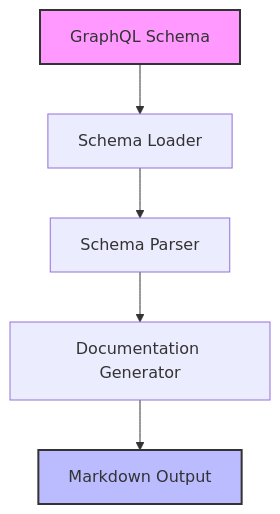
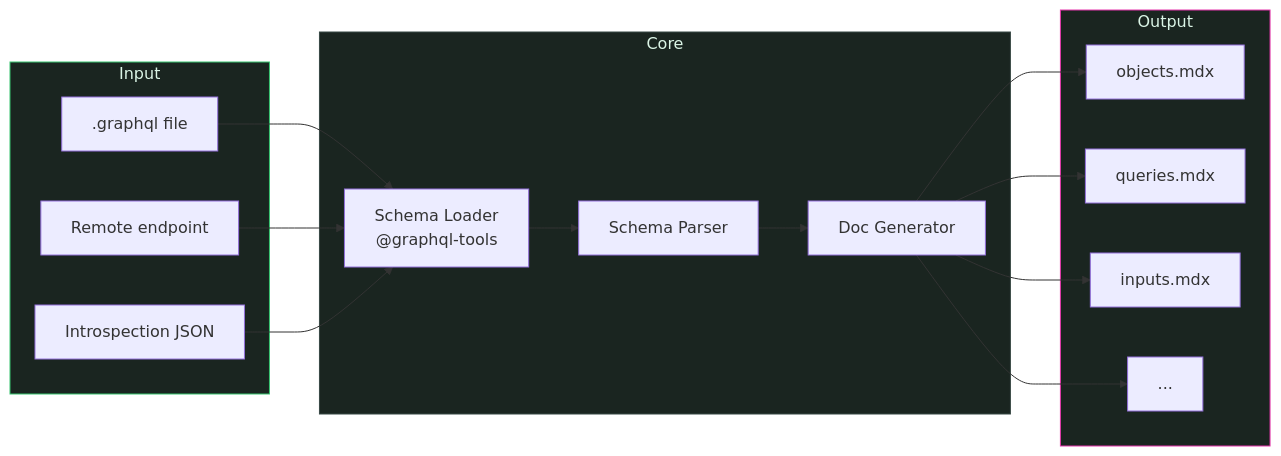
Before and after one commit to graphql-markdown/graphql-markdown: the diagram in docs/how-it-works.md, drawn with Mermaid. The commit also changed other lines of this file and 11 other files, not shown here.

````diff
--- a/docs/how-it-works.md
+++ b/docs/how-it-works.md
@@ -18,10 +18,35 @@
 ```mermaid
-flowchart TD
-    A[GraphQL Schema] --> B[Schema Loader]
-    B --> C[Schema Parser]
-    C --> D[Documentation Generator]
-    D --> E[Markdown Output]
+flowchart LR
+    subgraph Input
+        A1[".graphql file"]
+        A2["Remote endpoint"]
+        A3["Introspection JSON"]
+    end
 
-    style A fill:#f9f,stroke:#333,stroke-width:2px
-    style E fill:#bbf,stroke:#333,stroke-width:2px
+    subgraph Core
+        B["Schema Loader\n@graphql-tools"]
+        C["Schema Parser"]
+        D["Doc Generator"]
+    end
+
+    subgraph Output
+        E1["objects.mdx"]
+        E2["queries.mdx"]
+        E3["inputs.mdx"]
+        E4["..."]
+    end
+
+    A1 --> B
+    A2 --> B
+    A3 --> B
+    B --> C
+    C --> D
+    D --> E1
+    D --> E2
+    D --> E3
+    D --> E4
+
+    style Input fill:#1a2520,stroke:#36c46f,color:#dbf5e6
+    style Core fill:#1a2520,stroke:#374844,color:#dbf5e6
+    style Output fill:#1a2520,stroke:#e535ab,color:#dbf5e6
 ```
````
